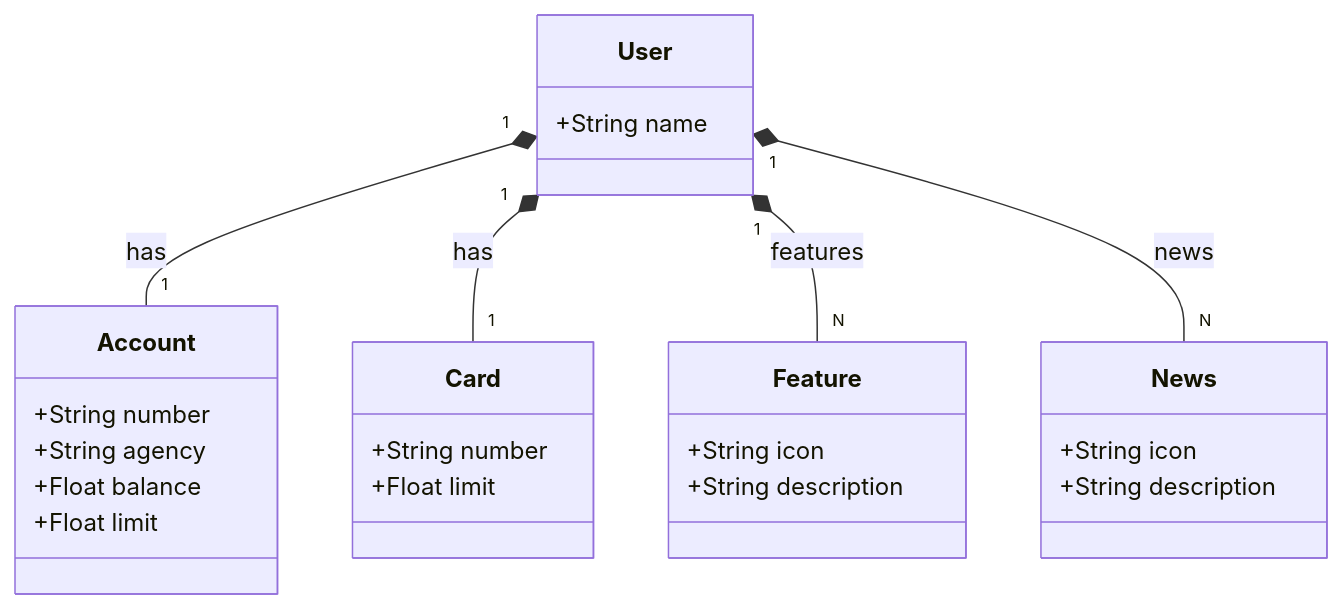
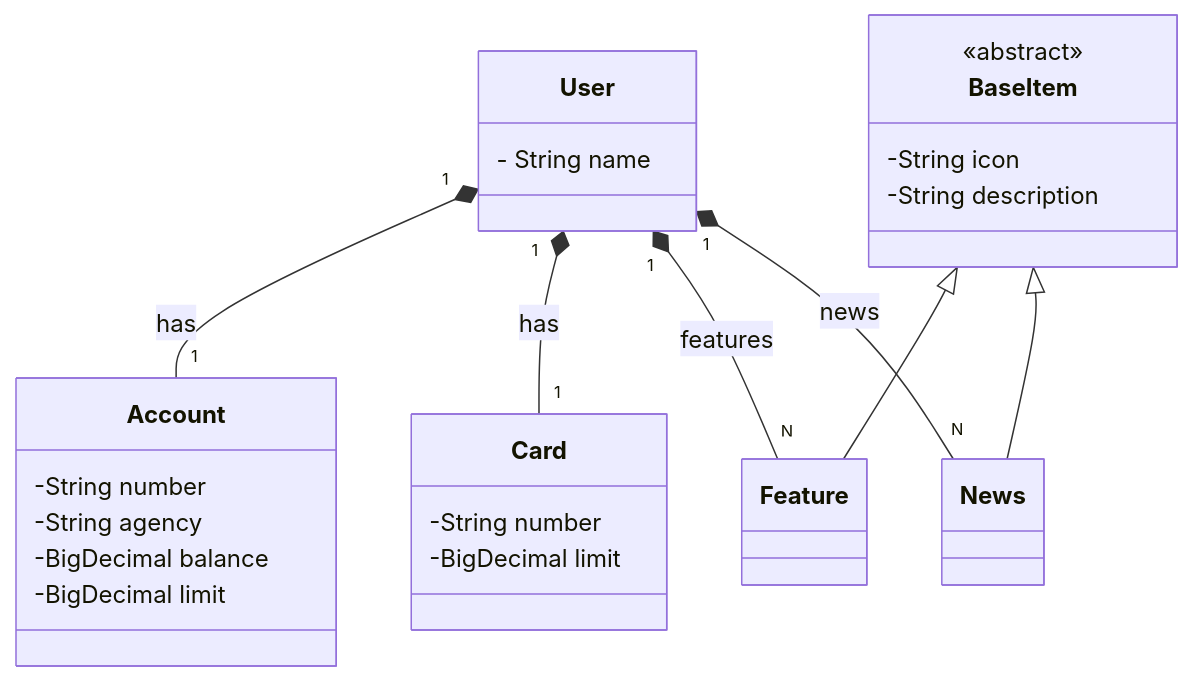
One commit to PauloVBNascimento/santander-api-projeto changed the diagram in README.md. Above: the diagram before and after it, drawn with Mermaid. The commit also changed other lines of this file, not shown here.

````diff
--- a/README.md
+++ b/README.md
@@ -6,35 +7,37 @@
 ```mermaid
 
 classDiagram
     class User {
-        +String name
+        - String name
     }
 
-    class Account {
-        +String number
-        +String agency
-        +Float balance
-        +Float limit
+    class BaseItem {
+        <<abstract>>
+        -String icon
+        -String description
     }
 
-    class Feature {
-        +String icon
-        +String description
+    class Feature 
+    class News
+
+    class Account {
+        -String number
+        -String agency
+        -BigDecimal balance
+        -BigDecimal limit
     }
 
     class Card {
-        +String number
-        +Float limit
+        -String number
+        -BigDecimal limit
     }
 
-    class News {
-        +String icon
-        +String description
-    }
-
+    BaseItem <|-- Feature
+    BaseItem <|-- News
     User "1" *-- "1" Account : has
     User "1" *-- "1" Card : has
     User "1" *-- "N" Feature : features
     User "1" *-- "N" News : news
 
+
 ```
````
